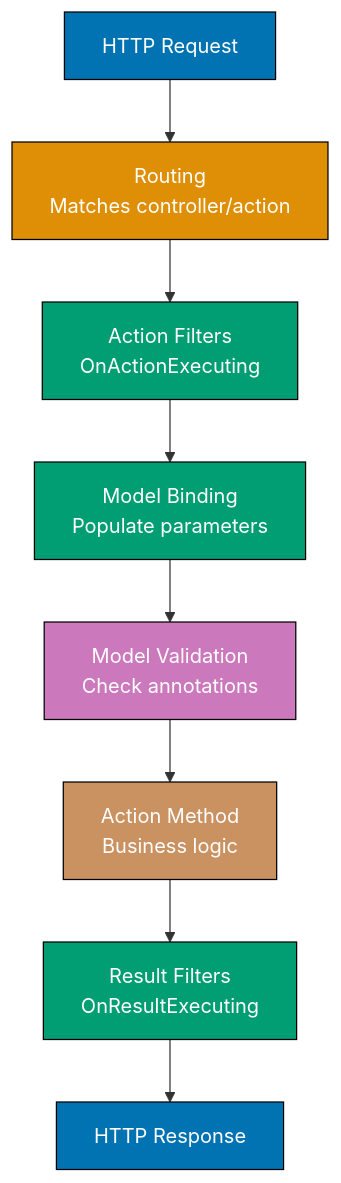
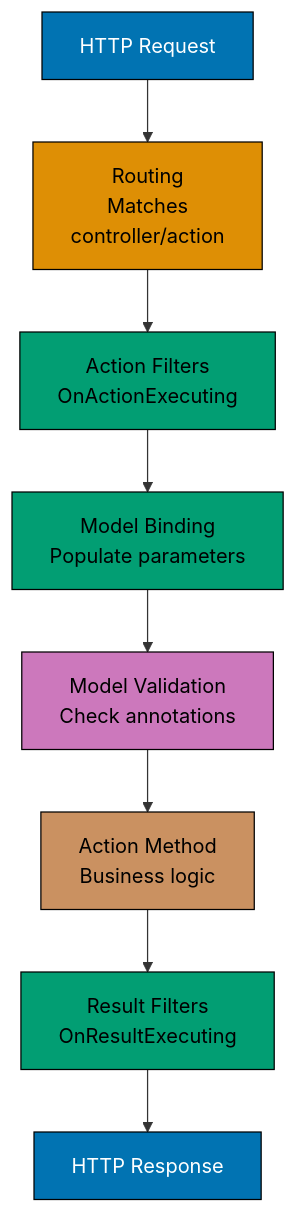
Before and after one commit to wahidyankf/ose-public: the first of 3 diagrams in apps/ayokoding-www/content/en/learn/legacy/software-engineering/platforms/web/tools/csharp-aspnetcore/by-example/intermediate.md, drawn with Mermaid. The commit also changed other lines of this file and 130 other files, not shown here.

First line of the commit message:
fix(mermaid): bring the legacy platforms diagrams onto the accessible palette

````diff
--- a/apps/ayokoding-www/content/en/learn/legacy/software-engineering/platforms/web/tools/csharp-aspnetcore/by-example/intermediate.md
+++ b/apps/ayokoding-www/content/en/learn/legacy/software-engineering/platforms/web/tools/csharp-aspnetcore/by-example/intermediate.md
@@ -32,20 +32,28 @@
 ```mermaid
 %% Controller request flow
 graph TD
-    A["HTTP Request"] --> B["Routing<br/>Matches controller/action"]
+    accTitle: Example 28: API Controller Basics
+    accDescr: Graph with 8 nodes and 7 connections. Nodes: HTTP Request, Routing Matches controller/action, Action Filters OnActionExecuting, Model Binding Populate parameters, Model Validation Check annotations, Action Method Business logic, Result Filters OnResultExecuting, HTTP Response. Connections: HTTP Request to Routing Matches controller/action, Routing Matches controller/action to Action Filters OnActionExecuting, Action Filters OnActionExecuting to Model Binding Populate parameters, Model Binding Populate parameters to Model Validation Check annotations, Model Validation Check annotations to Action Method Business logic, Action Method Business logic to Result Filters OnResultExecuting, Result Filters OnResultExecuting to HTTP Response.
+    A["HTTP Request"] --> B["Routing<br/>Matches<br/>controller/action"]
     B --> C["Action Filters<br/>OnActionExecuting"]
     C --> D["Model Binding<br/>Populate parameters"]
     D --> E["Model Validation<br/>Check annotations"]
     E --> F["Action Method<br/>Business logic"]
     F --> G["Result Filters<br/>OnResultExecuting"]
     G --> H["HTTP Response"]
 
-    style A fill:#0173B2,stroke:#000,color:#fff
-    style B fill:#DE8F05,stroke:#000,color:#fff
-    style C fill:#029E73,stroke:#000,color:#fff
-    style D fill:#029E73,stroke:#000,color:#fff
-    style E fill:#CC78BC,stroke:#000,color:#fff
-    style F fill:#CA9161,stroke:#000,color:#fff
-    style G fill:#029E73,stroke:#000,color:#fff
-    style H fill:#0173B2,stroke:#000,color:#fff
+    classDef pal-0173B2 fill:#0173B2,stroke:#000000,color:#FFFFFF
+    class A pal-0173B2
+    classDef pal-DE8F05 fill:#DE8F05,stroke:#000000,color:#000000
+    class B pal-DE8F05
+    classDef pal-029E73 fill:#029E73,stroke:#000000,color:#000000
+    class C pal-029E73
+    class D pal-029E73
+    classDef pal-CC78BC fill:#CC78BC,stroke:#000000,color:#000000
+    class E pal-CC78BC
+    classDef pal-CA9161 fill:#CA9161,stroke:#000000,color:#000000
+    class F pal-CA9161
+    class G pal-029E73
+    class H pal-0173B2
+    classDef default fill:#FFFFFF,stroke:#000000,color:#000000
 ```
````
